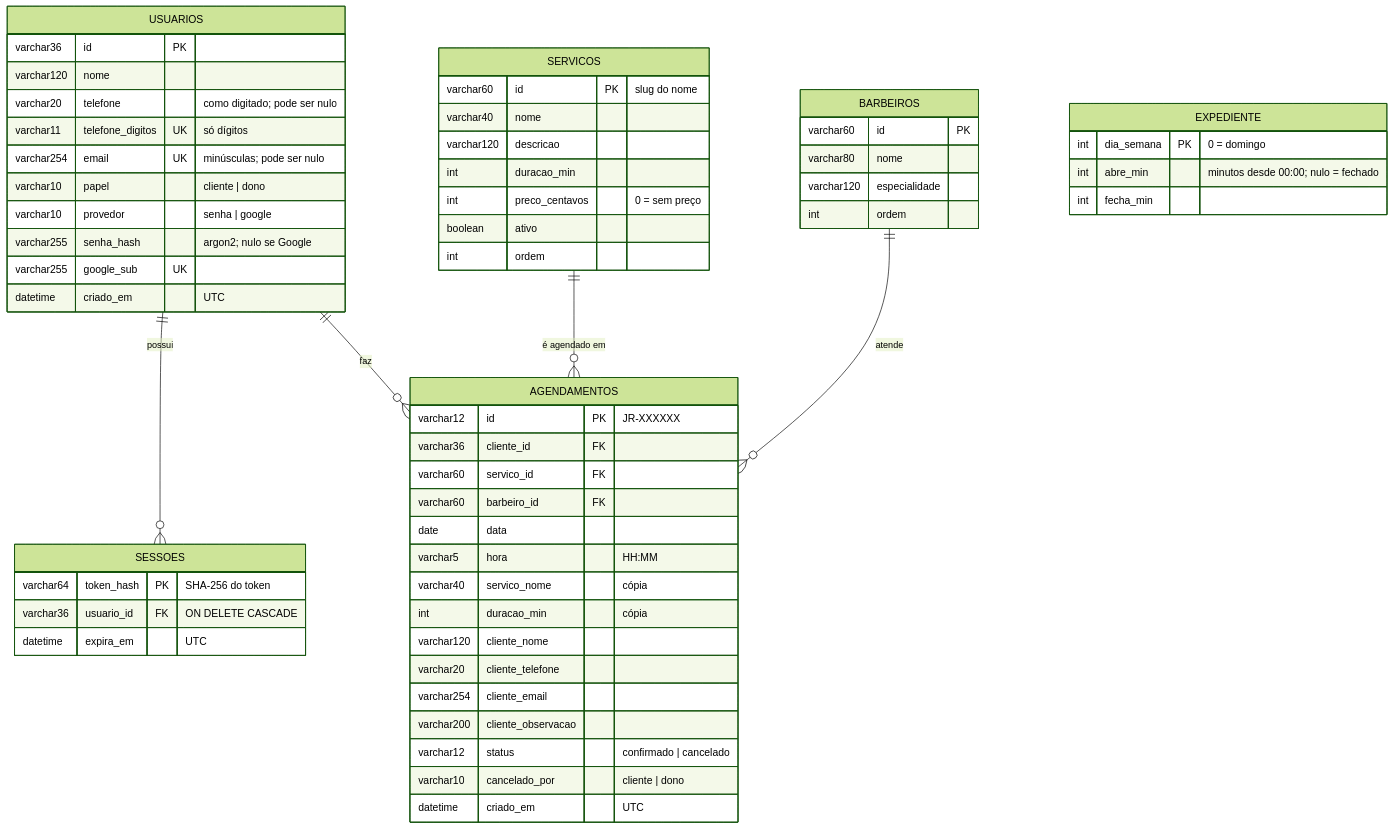
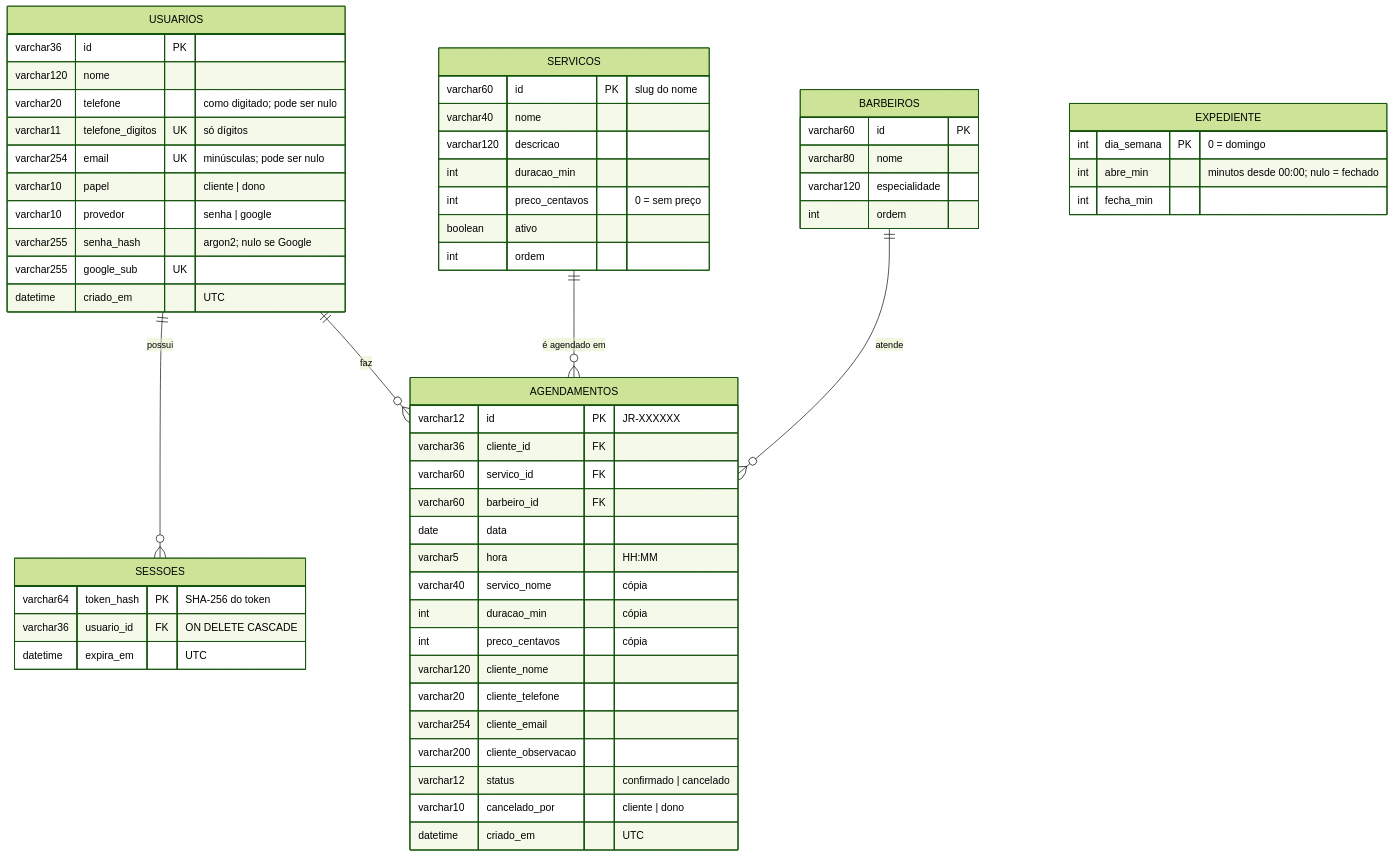
Before and after one commit to Jacksonrs/barbearia: the diagram in docs/diagramas/entidade-relacionamento.md, drawn with Mermaid (forest theme). The commit also changed 14 other files, not shown here.

````diff
--- a/docs/diagramas/entidade-relacionamento.md
+++ b/docs/diagramas/entidade-relacionamento.md
@@ -6,67 +6,68 @@
 ```mermaid
 erDiagram
     USUARIOS ||--o{ SESSOES : "possui"
     USUARIOS ||--o{ AGENDAMENTOS : "faz"
     SERVICOS ||--o{ AGENDAMENTOS : "é agendado em"
     BARBEIROS ||--o{ AGENDAMENTOS : "atende"
 
     USUARIOS {
         varchar36 id PK
         varchar120 nome
         varchar20 telefone "como digitado; pode ser nulo"
         varchar11 telefone_digitos UK "só dígitos"
         varchar254 email UK "minúsculas; pode ser nulo"
         varchar10 papel "cliente | dono"
         varchar10 provedor "senha | google"
         varchar255 senha_hash "argon2; nulo se Google"
         varchar255 google_sub UK
         datetime criado_em "UTC"
     }
 
     SESSOES {
         varchar64 token_hash PK "SHA-256 do token"
         varchar36 usuario_id FK "ON DELETE CASCADE"
         datetime expira_em "UTC"
     }
 
     SERVICOS {
         varchar60 id PK "slug do nome"
         varchar40 nome
         varchar120 descricao
         int duracao_min
         int preco_centavos "0 = sem preço"
         boolean ativo
         int ordem
     }
 
     BARBEIROS {
         varchar60 id PK
         varchar80 nome
         varchar120 especialidade
         int ordem
     }
 
     EXPEDIENTE {
         int dia_semana PK "0 = domingo"
         int abre_min "minutos desde 00:00; nulo = fechado"
         int fecha_min
     }
 
     AGENDAMENTOS {
         varchar12 id PK "JR-XXXXXX"
         varchar36 cliente_id FK
         varchar60 servico_id FK
         varchar60 barbeiro_id FK
         date data
         varchar5 hora "HH:MM"
         varchar40 servico_nome "cópia"
         int duracao_min "cópia"
+        int preco_centavos "cópia"
         varchar120 cliente_nome
         varchar20 cliente_telefone
         varchar254 cliente_email
         varchar200 cliente_observacao
         varchar12 status "confirmado | cancelado"
         varchar10 cancelado_por "cliente | dono"
         datetime criado_em "UTC"
     }
 ```
````
